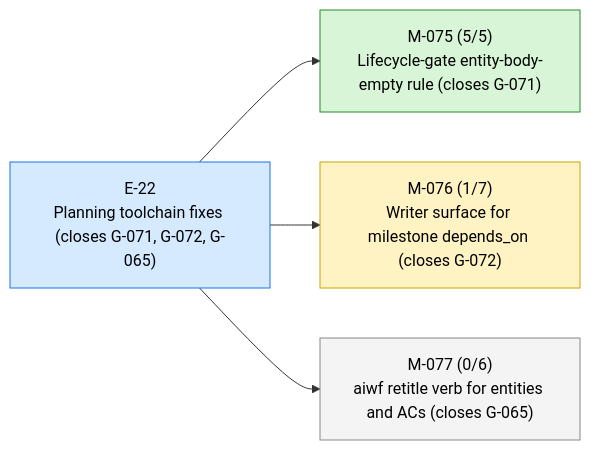
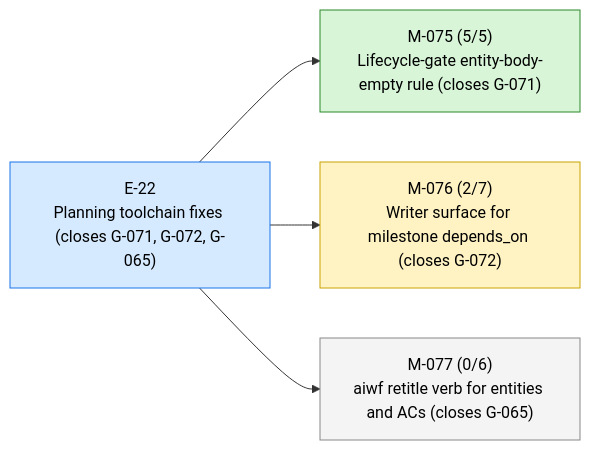
The first of 3 diagrams in STATUS.md (23min/aiwf), drawn with Mermaid before and after one commit. The commit also changed other lines of this file and 1 other file, not shown here.

````diff
--- a/STATUS.md
+++ b/STATUS.md
@@ -13,16 +13,16 @@
 ```mermaid
 flowchart LR
   E_22["E-22<br/>Planning toolchain fixes (closes G-071, G-072, G-065)"]:::epic_active
   M_075["M-075 (5/5)<br/>Lifecycle-gate entity-body-empty rule (closes G-071)"]:::ms_done
   E_22 --> M_075
-  M_076["M-076 (1/7)<br/>Writer surface for milestone depends_on (closes G-072)"]:::ms_in_progress
+  M_076["M-076 (2/7)<br/>Writer surface for milestone depends_on (closes G-072)"]:::ms_in_progress
   E_22 --> M_076
   M_077["M-077 (0/6)<br/>aiwf retitle verb for entities and ACs (closes G-065)"]:::ms_draft
   E_22 --> M_077
   classDef epic_active fill:#d6eaff,stroke:#1a73e8,color:#000
   classDef epic_proposed fill:#f4f4f4,stroke:#888,color:#000
   classDef ms_done fill:#d8f5d8,stroke:#2a8a2a,color:#000
   classDef ms_in_progress fill:#fff3c4,stroke:#caa400,color:#000
   classDef ms_draft fill:#f4f4f4,stroke:#888,color:#000
   classDef ms_cancelled fill:#fbeaea,stroke:#c33,color:#000
 ```
````
